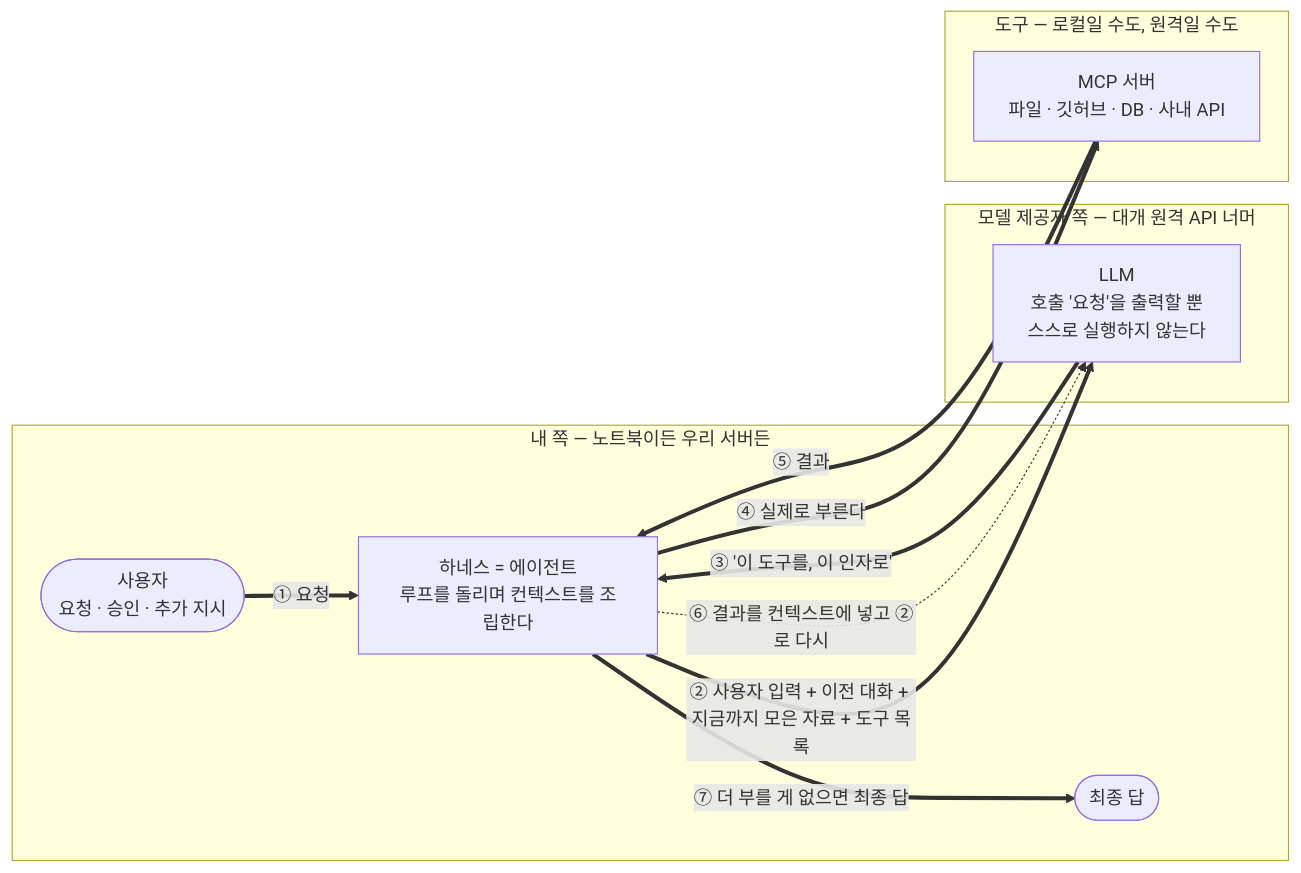
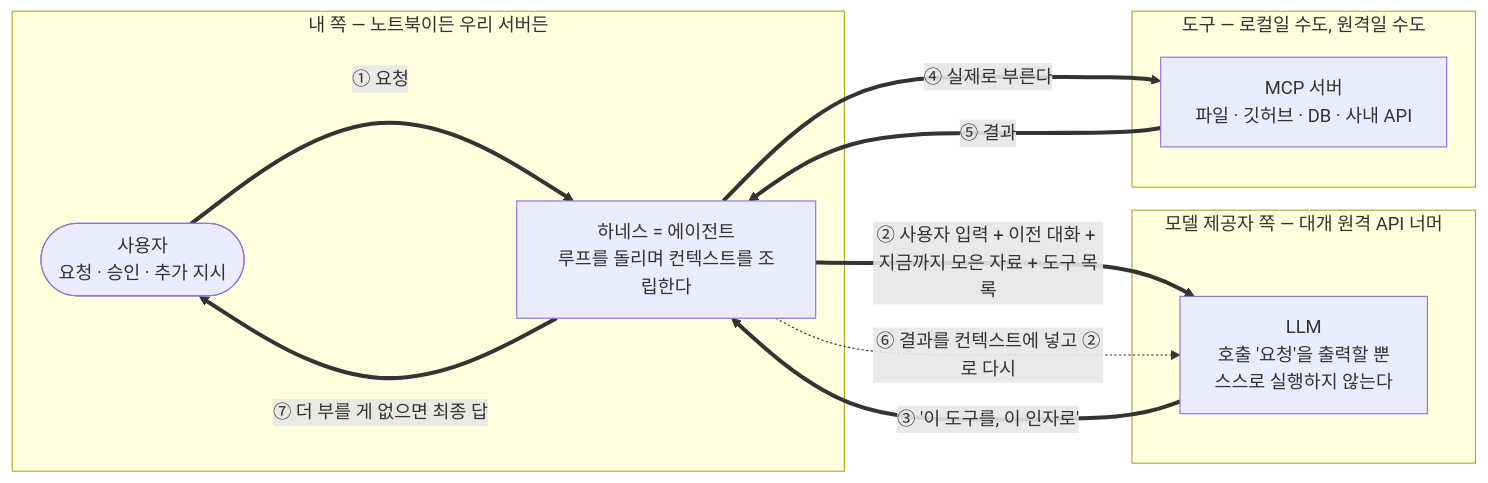
Before and after one commit to daehyoung/blog: the second of 3 diagrams in content/posts/2026-06-28-llm-agents.md, drawn with Mermaid.

Commit message:
§7.1 최종 답을 별도 종착 노드가 아니라 사용자에게 돌려보낸다
`H ==> O(["최종 답"])`로 그리면 사용자가 루프 밖에 남는다. 실제로는
답이 사용자에게 가고, 사용자의 승인·추가 지시가 다시 ①로 들어온다.
O를 없애고 ⑦을 U로 되돌려 U와 H 사이를 왕복으로 만들었다 — U 라벨의
"요청 · 승인 · 추가 지시"가 그제야 말이 된다.

바깥 루프(사용자 ↔ 하네스)와 안쪽 루프(하네스 ↔ 모델·도구)가 한 그림에
겹쳐 보이는 게 목적이다. 에이전트는 사람을 빼는 물건이 아니라 안쪽
루프만 자동으로 도는 물건이라는 점.

Claude-Session: https://claude.ai/code/session_01EevRh8ttFY11DKdo29NvQN

````diff
--- a/content/posts/2026-06-28-llm-agents.md
+++ b/content/posts/2026-06-28-llm-agents.md
@@ -410,21 +410,20 @@
 ```mermaid
 flowchart LR
     subgraph MINE ["내 쪽 — 노트북이든 우리 서버든"]
         U(["사용자<br/>요청 · 승인 · 추가 지시"])
         H["하네스 = 에이전트<br/>루프를 돌리며 컨텍스트를 조립한다"]
-        O(["최종 답"])
     end
     subgraph REMOTE ["모델 제공자 쪽 — 대개 원격 API 너머"]
         L["LLM<br/>호출 '요청'을 출력할 뿐<br/>스스로 실행하지 않는다"]
     end
     subgraph TOOLS ["도구 — 로컬일 수도, 원격일 수도"]
         S["MCP 서버<br/>파일 · 깃허브 · DB · 사내 API"]
     end
     U == "① 요청" ==> H
     H == "② 사용자 입력 + 이전 대화 + 지금까지 모은 자료 + 도구 목록" ==> L
     L == "③ '이 도구를, 이 인자로'" ==> H
     H == "④ 실제로 부른다" ==> S
     S == "⑤ 결과" ==> H
     H -. "⑥ 결과를 컨텍스트에 넣고 ②로 다시" .-> L
-    H == "⑦ 더 부를 게 없으면 최종 답" ==> O
+    H == "⑦ 더 부를 게 없으면 최종 답" ==> U
 ```
````
